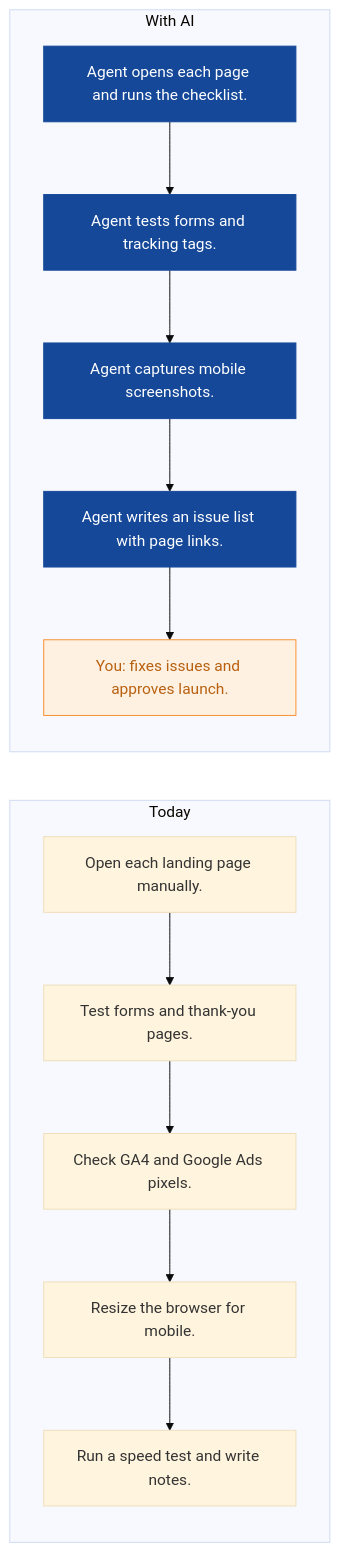
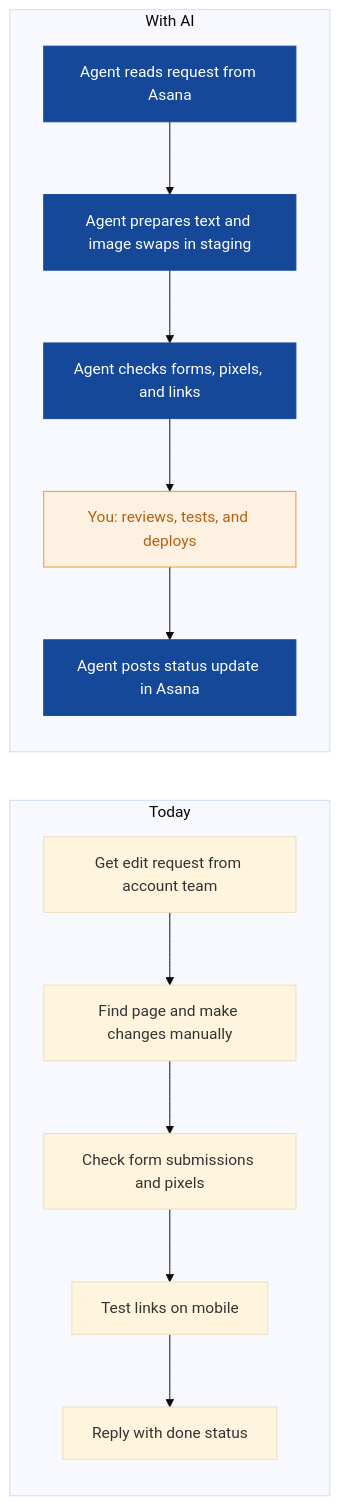
The seventh of 8 diagrams in strategies/pixelhive-studio.md (nexibeo/Complete-AI-Strategy), drawn with Mermaid (base theme) before and after one commit. The commit also changed other lines of this file and 26 other files, not shown here.

````diff
--- a/strategies/pixelhive-studio.md
+++ b/strategies/pixelhive-studio.md
@@ -252,23 +226,23 @@
 ```mermaid
 flowchart LR
   subgraph Today
-    B0["Open each landing page manually."]
-    B1["Test forms and thank-you pages."]
-    B2["Check GA4 and Google Ads pixels."]
-    B3["Resize the browser for mobile."]
-    B4["Run a speed test and write notes."]
+    B0["Get edit request from account team"]
+    B1["Find page and make changes manually"]
+    B2["Check form submissions and pixels"]
+    B3["Test links on mobile"]
+    B4["Reply with done status"]
     B0 --> B1 --> B2 --> B3 --> B4
   end
   subgraph WithAI[With AI]
-    A0["Agent opens each page and runs the checklist."]
-    A1["Agent tests forms and tracking tags."]
-    A2["Agent captures mobile screenshots."]
-    A3["Agent writes an issue list with page links."]
-    A4["You: fixes issues and approves launch."]
+    A0["Agent reads request from Asana"]
+    A1["Agent prepares text and image swaps in staging"]
+    A2["Agent checks forms, pixels, and links"]
+    A3["You: reviews, tests, and deploys"]
+    A4["Agent posts status update in Asana"]
     A0 --> A1 --> A2 --> A3 --> A4
   end
   classDef ai fill:#154899,color:#fff,stroke:#154899
   classDef human fill:#FFF1E2,color:#B8600F,stroke:#F98F2C
-  class A0,A1,A2,A3 ai
-  class A4 human
+  class A0,A1,A2,A4 ai
+  class A3 human
 ```
````
